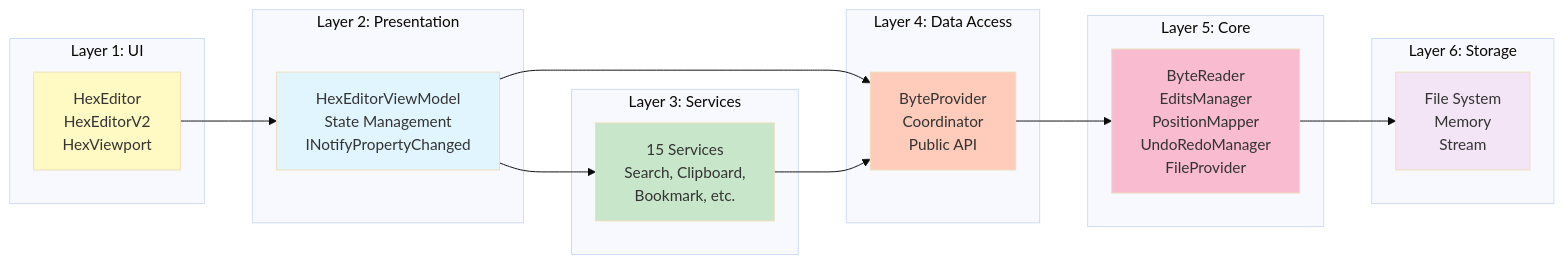
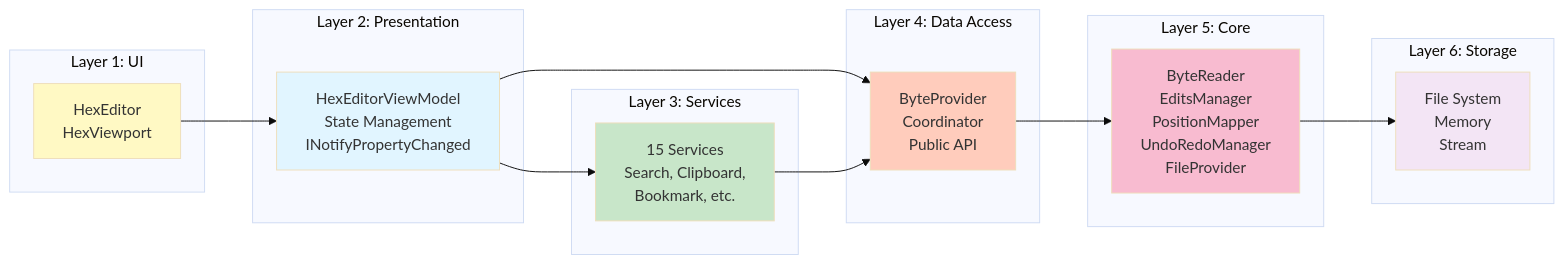
Before and after one commit to abbaye/WpfHexEditorIDE: the second of 5 diagrams in docs/architecture/Overview.md, drawn with Mermaid (base theme). The commit also changed other lines of this file and 7 other files, not shown here.

First line of the commit message:
docs: fix incorrect HexEditorV2 class references (108 corrections)

````diff
--- a/docs/architecture/Overview.md
+++ b/docs/architecture/Overview.md
@@ -156,40 +155,40 @@
 ```mermaid
 graph LR
     subgraph "Layer 1: UI"
-        UI["HexEditor<br/>HexEditorV2<br/>HexViewport"]
+        UI["HexEditor<br/>HexViewport"]
     end
 
     subgraph "Layer 2: Presentation"
         VM["HexEditorViewModel<br/>State Management<br/>INotifyPropertyChanged"]
     end
 
     subgraph "Layer 3: Services"
         Services["15 Services<br/>Search, Clipboard,<br/>Bookmark, etc."]
     end
 
     subgraph "Layer 4: Data Access"
         Provider["ByteProvider<br/>Coordinator<br/>Public API"]
     end
 
     subgraph "Layer 5: Core"
         Core["ByteReader<br/>EditsManager<br/>PositionMapper<br/>UndoRedoManager<br/>FileProvider"]
     end
 
     subgraph "Layer 6: Storage"
         Storage["File System<br/>Memory<br/>Stream"]
     end
 
     UI --> VM
     VM --> Services
     VM --> Provider
     Services --> Provider
     Provider --> Core
     Core --> Storage
 
     style UI fill:#fff9c4
     style VM fill:#e1f5ff
     style Services fill:#c8e6c9
     style Provider fill:#ffccbc
     style Core fill:#f8bbd0
     style Storage fill:#f3e5f5
 ```
````
